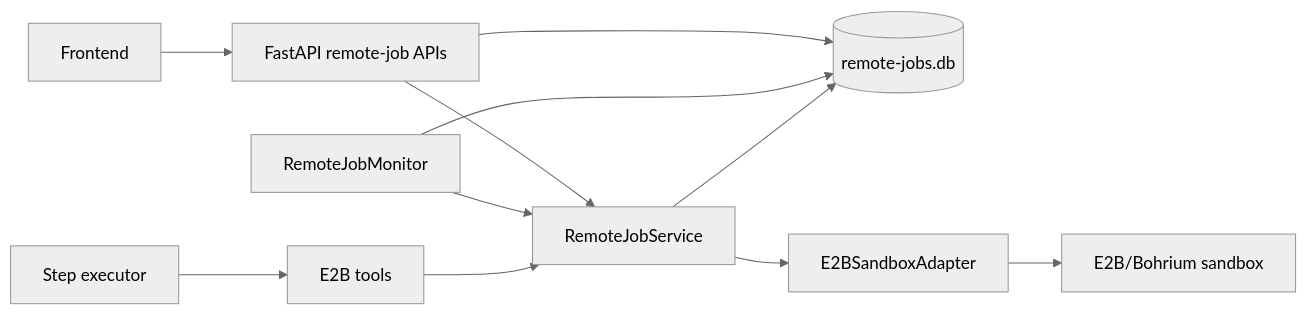
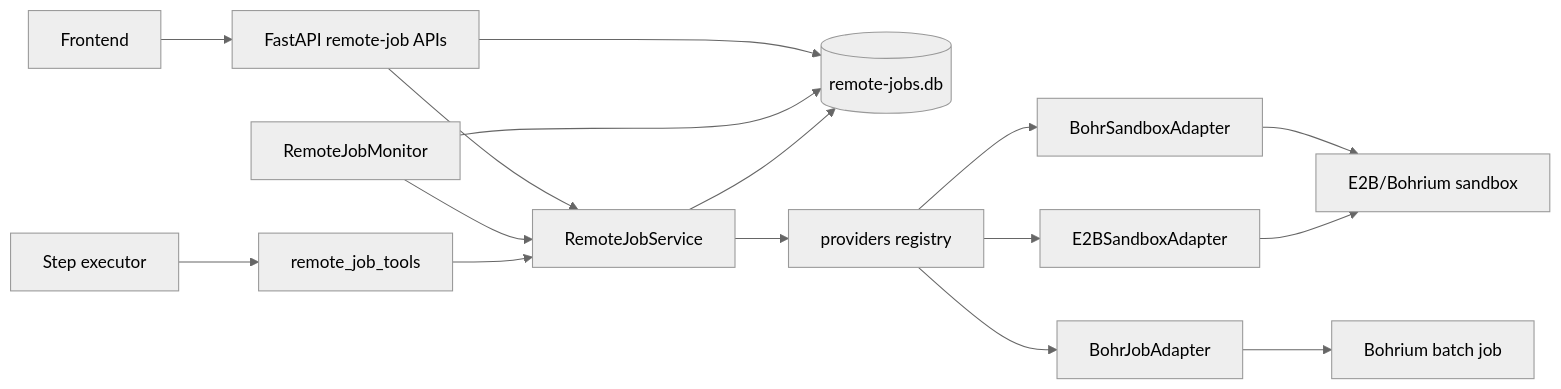
The diagram in docs/remote_job_monitoring.md (AI4MS/MatCreator), drawn with Mermaid (neutral theme) before and after one commit. The commit also changed other lines of this file and 32 other files, not shown here.

Commit message:
feat: add plugin for bohr cli job

````diff
--- a/docs/remote_job_monitoring.md
+++ b/docs/remote_job_monitoring.md
@@ -10,14 +18,19 @@
 ```mermaid
 flowchart LR
-    Agent[Step executor] --> Tools[E2B tools]
+    Agent[Step executor] --> Tools[remote_job_tools]
     Tools --> Service[RemoteJobService]
     Service --> Store[(remote-jobs.db)]
-    Service --> Adapter[E2BSandboxAdapter]
-    Adapter --> Sandbox[E2B/Bohrium sandbox]
+    Service --> Registry[providers registry]
+    Registry --> E2B[E2BSandboxAdapter]
+    Registry --> BohrSbx[BohrSandboxAdapter]
+    Registry --> BohrJob[BohrJobAdapter]
+    E2B --> Sandbox[E2B/Bohrium sandbox]
+    BohrSbx --> Sandbox
+    BohrJob --> Batch[Bohrium batch job]
 
     Monitor[RemoteJobMonitor] --> Service
     Monitor --> Store
     Frontend[Frontend] --> API[FastAPI remote-job APIs]
     API --> Service
     API --> Store
 ```
````
